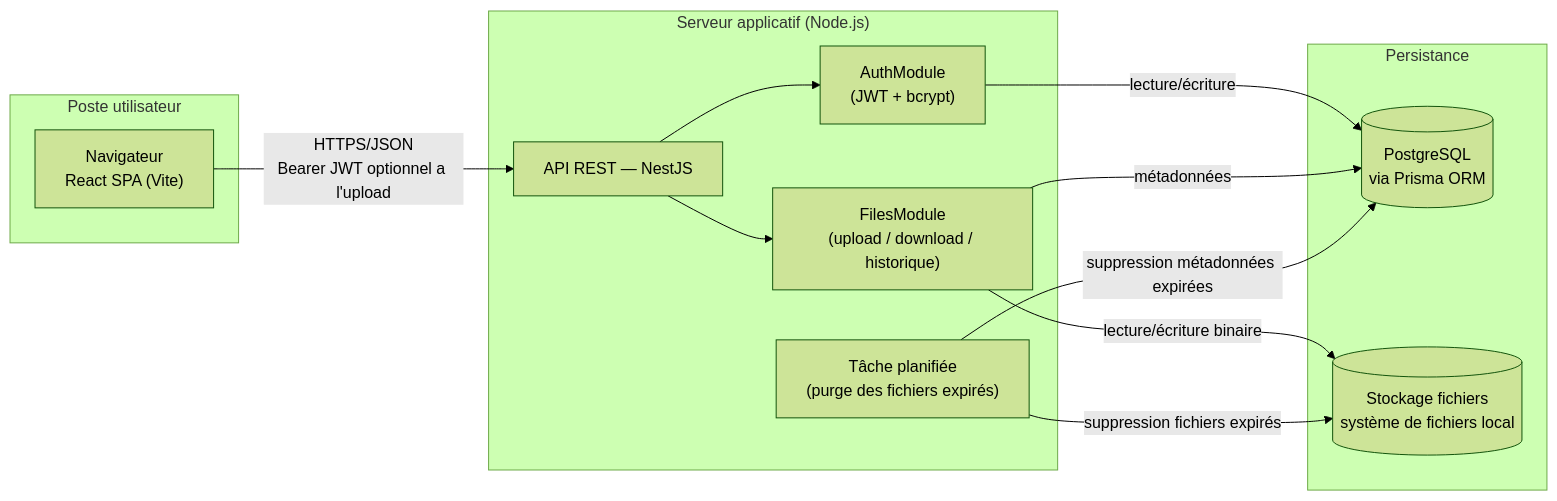
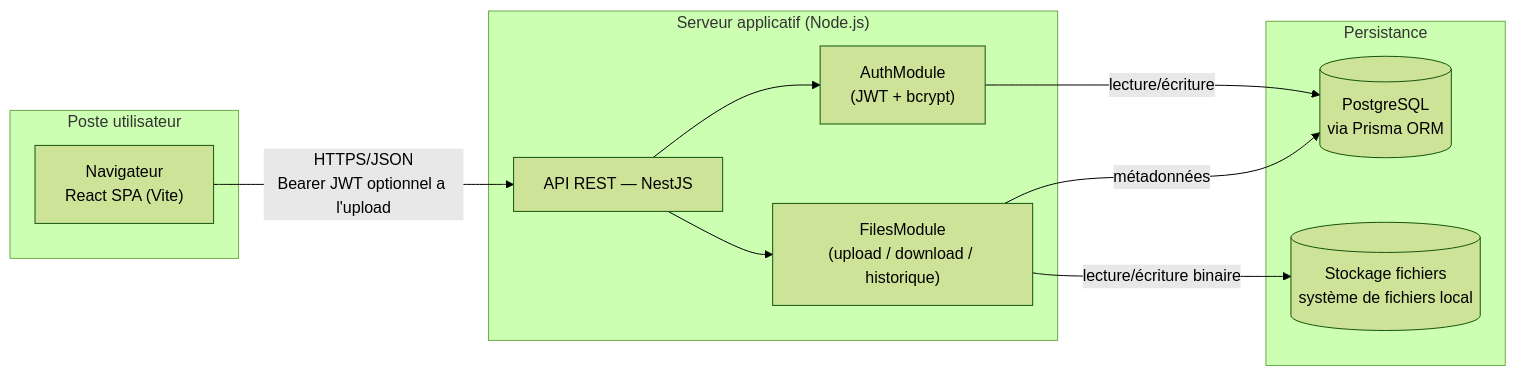
Before and after one commit to negstek/3_pilotez_un_projet: the diagram in docs/architecture.md, drawn with Mermaid (forest theme). The commit also changed other lines of this file and 8 other files, not shown here.

````diff
--- a/docs/architecture.md
+++ b/docs/architecture.md
@@ -5,27 +5,24 @@
 ```mermaid
 flowchart LR
     subgraph Client["Poste utilisateur"]
         Browser["Navigateur\nReact SPA (Vite)"]
     end
 
     subgraph Server["Serveur applicatif (Node.js)"]
         API["API REST — NestJS"]
         AuthMod["AuthModule\n(JWT + bcrypt)"]
         FilesMod["FilesModule\n(upload / download / historique)"]
-        Cron["Tâche planifiée\n(purge des fichiers expirés)"]
     end
 
     subgraph Data["Persistance"]
         DB[("PostgreSQL\nvia Prisma ORM")]
         Storage[("Stockage fichiers\nsystème de fichiers local")]
     end
 
     Browser -- "HTTPS/JSON\nBearer JWT optionnel a l'upload" --> API
     API --> AuthMod
     API --> FilesMod
     AuthMod -- "lecture/écriture" --> DB
     FilesMod -- "métadonnées" --> DB
     FilesMod -- "lecture/écriture binaire" --> Storage
-    Cron -- "suppression métadonnées expirées" --> DB
-    Cron -- "suppression fichiers expirés" --> Storage
 ```
````
